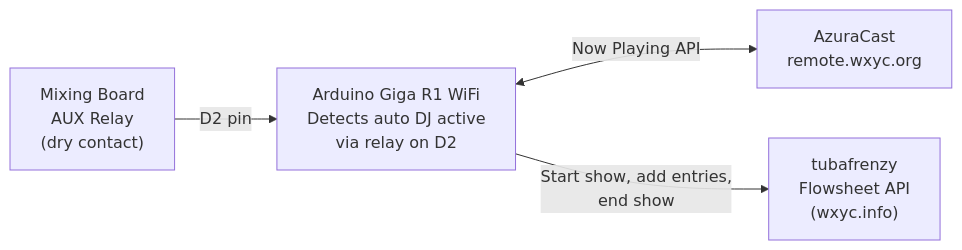
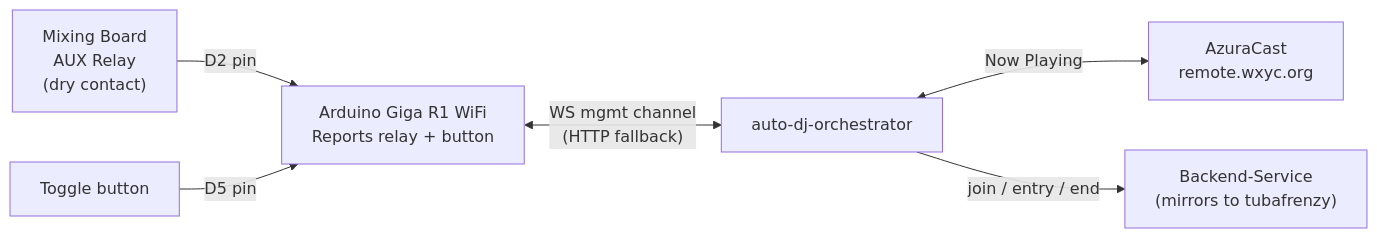
The first of 3 diagrams in README.md (WXYC/auto-dj-arduino-switch), drawn with Mermaid before and after one commit. The commit also changed other lines of this file and 28 other files, not shown here.

````diff
--- a/README.md
+++ b/README.md
@@ -11,6 +13,8 @@
 ```mermaid
 flowchart LR
-    MB["Mixing Board<br>AUX Relay<br>(dry contact)"] -->|D2 pin| ARD["Arduino Giga R1 WiFi<br>Detects auto DJ active<br>via relay on D2"]
-    ARD <-->|Now Playing API| AZ["AzuraCast<br>remote.wxyc.org"]
-    ARD -->|Start show, add entries,<br>end show| TF["tubafrenzy<br>Flowsheet API<br>(wxyc.info)"]
+    MB["Mixing Board<br>AUX Relay<br>(dry contact)"] -->|D2 pin| ARD["Arduino Giga R1 WiFi<br>Reports relay + button"]
+    BTN["Toggle button"] -->|D5 pin| ARD
+    ARD <-->|"WS mgmt channel<br>(HTTP fallback)"| ORCH["auto-dj-orchestrator"]
+    ORCH <-->|Now Playing| AZ["AzuraCast<br>remote.wxyc.org"]
+    ORCH -->|join / entry / end| BS["Backend-Service<br>(mirrors to tubafrenzy)"]
 ```
````
